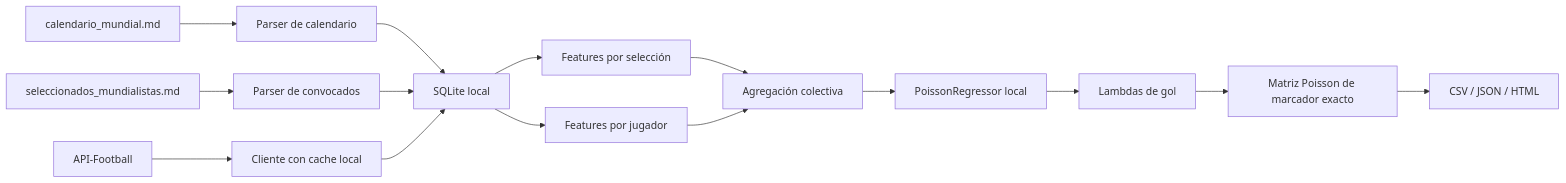
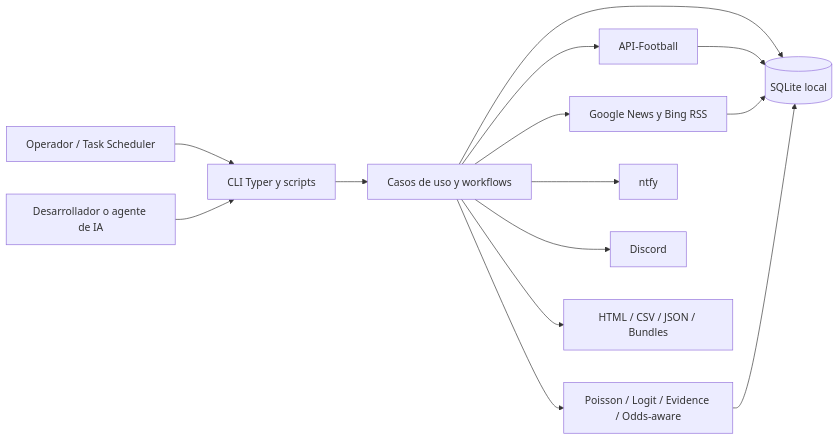
Before and after one commit to GtzRicky/pronosticador-mundial-2026: the first of 8 diagrams in README.md, drawn with Mermaid. The commit also changed other lines of this file and 110 other files, not shown here.

````diff
--- a/README.md
+++ b/README.md
@@ -131,17 +159,28 @@
 ```mermaid
 flowchart LR
-    A[calendario_mundial.md] --> B[Parser de calendario]
-    C[seleccionados_mundialistas.md] --> D[Parser de convocados]
-    B --> E[SQLite local]
-    D --> E
-    F[API-Football] --> G[Cliente con cache local]
-    G --> E
-    E --> H[Features por selección]
-    E --> I[Features por jugador]
-    H --> J[Agregación colectiva]
-    I --> J
-    J --> K[PoissonRegressor local]
-    K --> L[Lambdas de gol]
-    L --> M[Matriz Poisson de marcador exacto]
-    M --> N[CSV / JSON / HTML]
+    Operator[Operador / Task Scheduler]
+    Agent[Desarrollador o agente de IA]
+    CLI[CLI Typer y scripts]
+    App[Casos de uso y workflows]
+    Models[Poisson / Logit / Evidence / Odds-aware]
+    DB[(SQLite local)]
+    API[API-Football]
+    News[Google News y Bing RSS]
+    Ntfy[ntfy]
+    Discord[Discord]
+    Files[HTML / CSV / JSON / Bundles]
+
+    Operator --> CLI
+    Agent --> CLI
+    CLI --> App
+    App --> Models
+    App --> DB
+    App --> API
+    App --> News
+    App --> Ntfy
+    App --> Discord
+    App --> Files
+    API --> DB
+    News --> DB
+    Models --> DB
 ```
````
